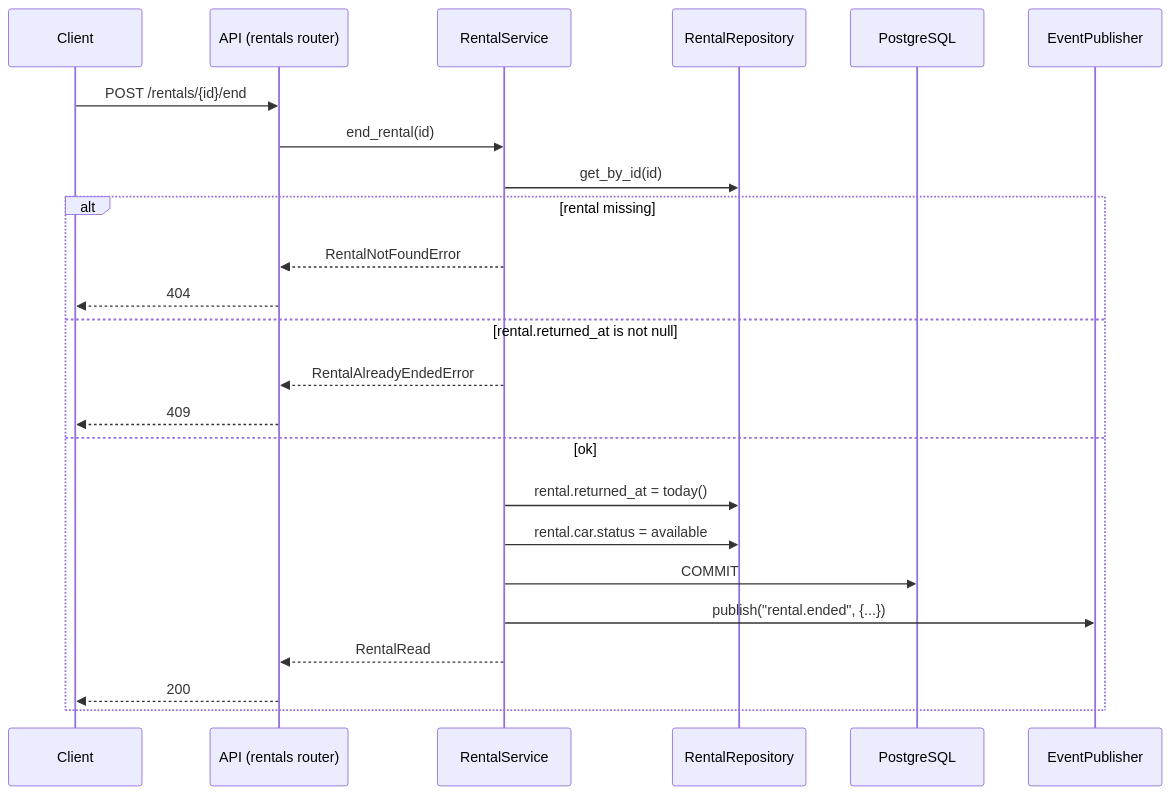
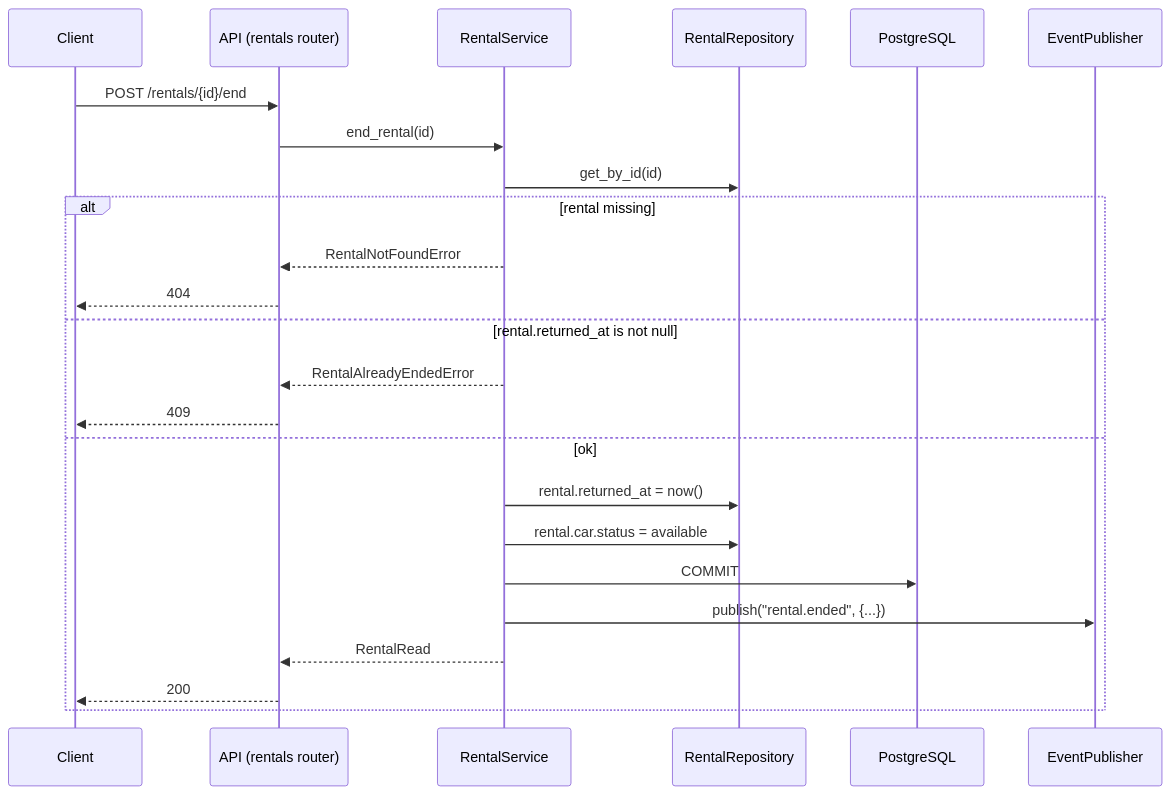
Before and after one commit to renanaya48/DriveNow: the third of 3 diagrams in docs/architecture.md, drawn with Mermaid. The commit also changed other lines of this file and 2 other files, not shown here.

````diff
--- a/docs/architecture.md
+++ b/docs/architecture.md
@@ -119,27 +119,27 @@
 ```mermaid
 sequenceDiagram
     participant C as Client
     participant API as API (rentals router)
     participant S as RentalService
     participant RR as RentalRepository
     participant DB as PostgreSQL
     participant P as EventPublisher
 
     C->>API: POST /rentals/{id}/end
     API->>S: end_rental(id)
     S->>RR: get_by_id(id)
     alt rental missing
         S-->>API: RentalNotFoundError
         API-->>C: 404
     else rental.returned_at is not null
         S-->>API: RentalAlreadyEndedError
         API-->>C: 409
     else ok
-        S->>RR: rental.returned_at = today()
+        S->>RR: rental.returned_at = now()
         S->>RR: rental.car.status = available
         S->>DB: COMMIT
         S->>P: publish("rental.ended", {...})
         S-->>API: RentalRead
         API-->>C: 200
     end
 ```
````
